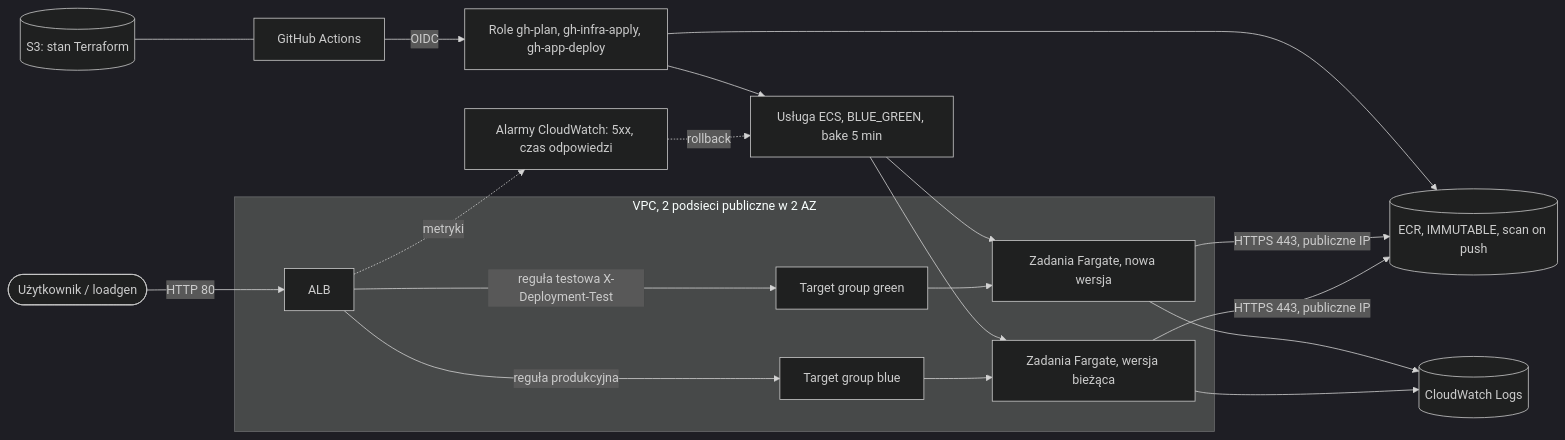
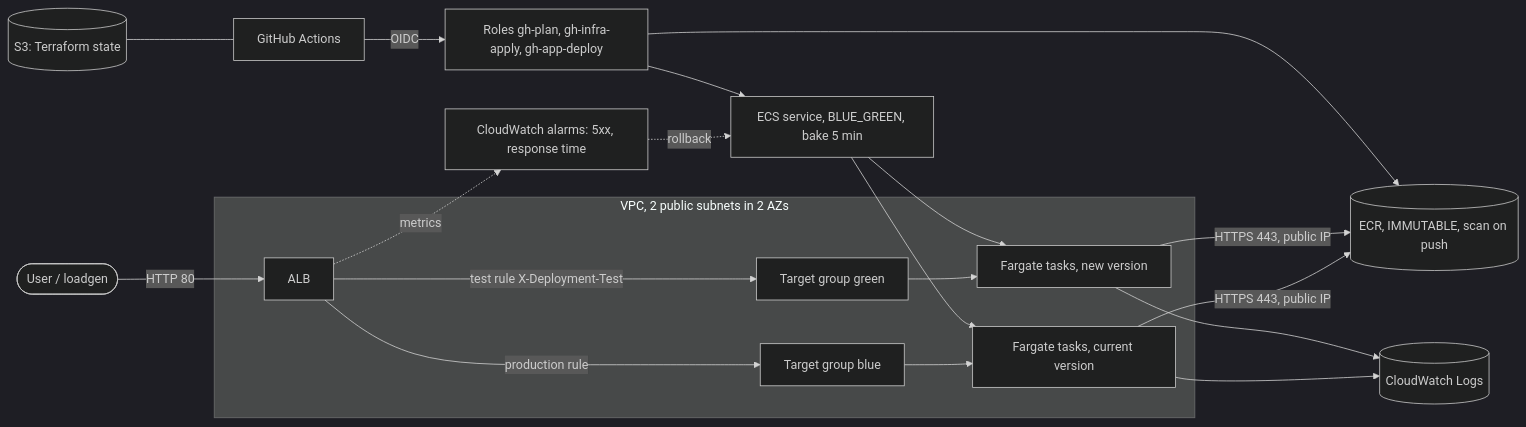
One commit to marcinbator/ecs-supply-chain changed the first of 4 diagrams in docs/architecture.md. Above: the diagram before and after it, drawn with Mermaid (dark theme). The commit also changed other lines of this file and 6 other files, not shown here.

````diff
--- a/docs/architecture.md
+++ b/docs/architecture.md
@@ -5,18 +5,18 @@
 ```mermaid
 flowchart LR
-  user([Użytkownik / loadgen]) -->|HTTP 80| alb[ALB]
-  subgraph vpc[VPC, 2 podsieci publiczne w 2 AZ]
-    alb -->|reguła produkcyjna| tgb[Target group blue]
-    alb -->|reguła testowa X-Deployment-Test| tgg[Target group green]
-    tgb --> t1[Zadania Fargate, wersja bieżąca]
-    tgg --> t2[Zadania Fargate, nowa wersja]
+  user([User / loadgen]) -->|HTTP 80| alb[ALB]
+  subgraph vpc[VPC, 2 public subnets in 2 AZs]
+    alb -->|production rule| tgb[Target group blue]
+    alb -->|test rule X-Deployment-Test| tgg[Target group green]
+    tgb --> t1[Fargate tasks, current version]
+    tgg --> t2[Fargate tasks, new version]
   end
-  t1 & t2 -->|HTTPS 443, publiczne IP| ecr[(ECR, IMMUTABLE, scan on push)]
+  t1 & t2 -->|HTTPS 443, public IP| ecr[(ECR, IMMUTABLE, scan on push)]
   t1 & t2 --> logs[(CloudWatch Logs)]
-  alb -. metryki .-> cw[Alarmy CloudWatch: 5xx, czas odpowiedzi]
-  cw -. rollback .-> ecs[Usługa ECS, BLUE_GREEN, bake 5 min]
+  alb -. metrics .-> cw[CloudWatch alarms: 5xx, response time]
+  cw -. rollback .-> ecs[ECS service, BLUE_GREEN, bake 5 min]
   ecs --> t1 & t2
-  gh[GitHub Actions] -->|OIDC| iam[Role gh-plan, gh-infra-apply, gh-app-deploy]
+  gh[GitHub Actions] -->|OIDC| iam[Roles gh-plan, gh-infra-apply, gh-app-deploy]
   iam --> ecr & ecs
-  tf[(S3: stan Terraform)] --- gh
+  tf[(S3: Terraform state)] --- gh
 ```
````
